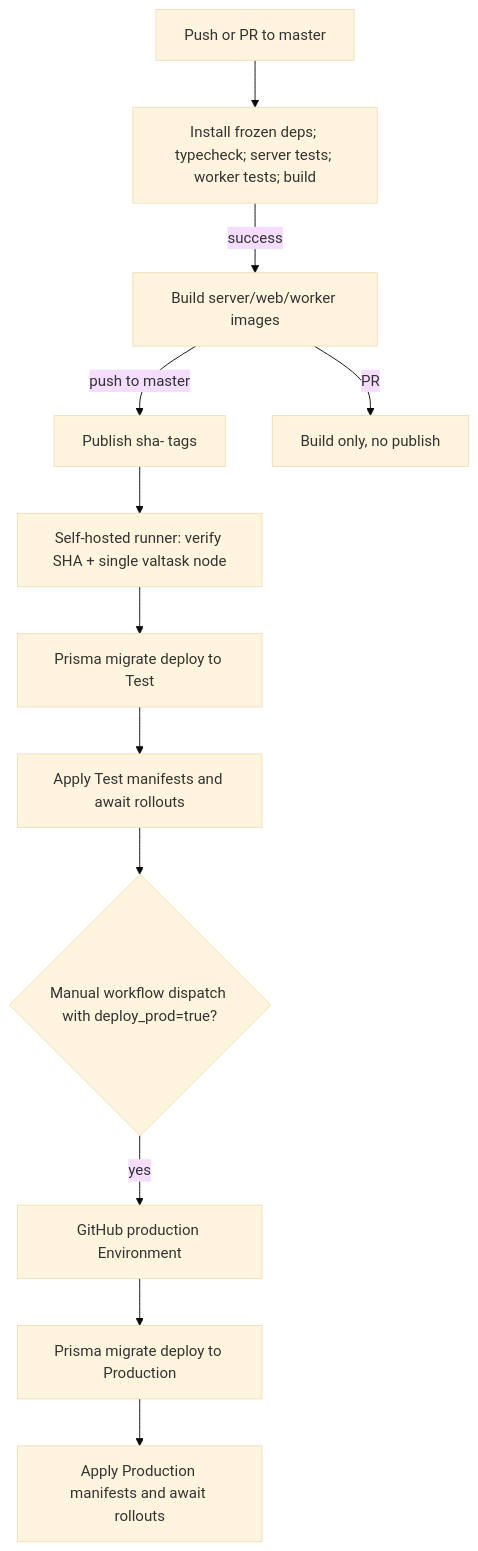
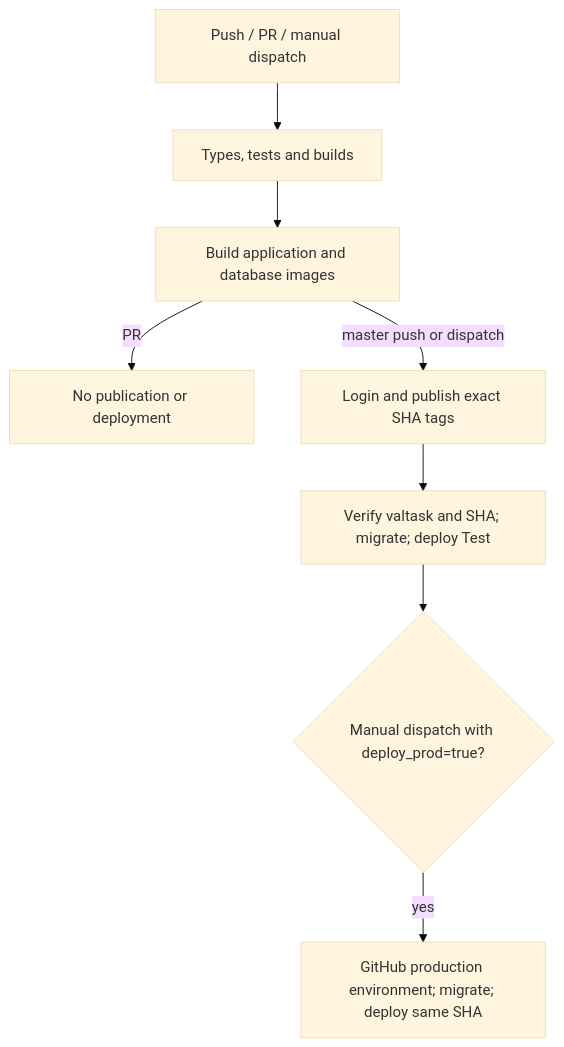
Before and after one commit to Valatras/clichy: the diagram in docs/infrastructure/ci-cd.md, drawn with Mermaid (base theme). The commit also changed other lines of this file and 40 other files, not shown here.

````diff
--- a/docs/infrastructure/ci-cd.md
+++ b/docs/infrastructure/ci-cd.md
@@ -5,14 +9,10 @@
 ```mermaid
 flowchart TD
-  Push[Push or PR to master] --> CI[Install frozen deps; typecheck; server tests; worker tests; build]
-  CI -->|success| Images[Build server/web/worker images]
-  Images -->|push to master| GHCR[Publish sha-<commit> tags]
-  Images -->|PR| BuildOnly[Build only, no publish]
-  GHCR --> Test[Self-hosted runner: verify SHA + single valtask node]
-  Test --> TestMigrate[Prisma migrate deploy to Test]
-  TestMigrate --> TestApply[Apply Test manifests and await rollouts]
-  TestApply --> ProdDispatch{Manual workflow dispatch with deploy_prod=true?}
-  ProdDispatch -->|yes| ProdGate[GitHub production Environment]
-  ProdGate --> ProdMigrate[Prisma migrate deploy to Production]
-  ProdMigrate --> ProdApply[Apply Production manifests and await rollouts]
+  Change[Push / PR / manual dispatch] --> CI[Types, tests and builds]
+  CI --> Images[Build application and database images]
+  Images -->|PR| End[No publication or deployment]
+  Images -->|master push or dispatch| GHCR[Login and publish exact SHA tags]
+  GHCR --> Test[Verify valtask and SHA; migrate; deploy Test]
+  Test --> Gate{Manual dispatch with deploy_prod=true?}
+  Gate -->|yes| Production[GitHub production environment; migrate; deploy same SHA]
 ```
````
